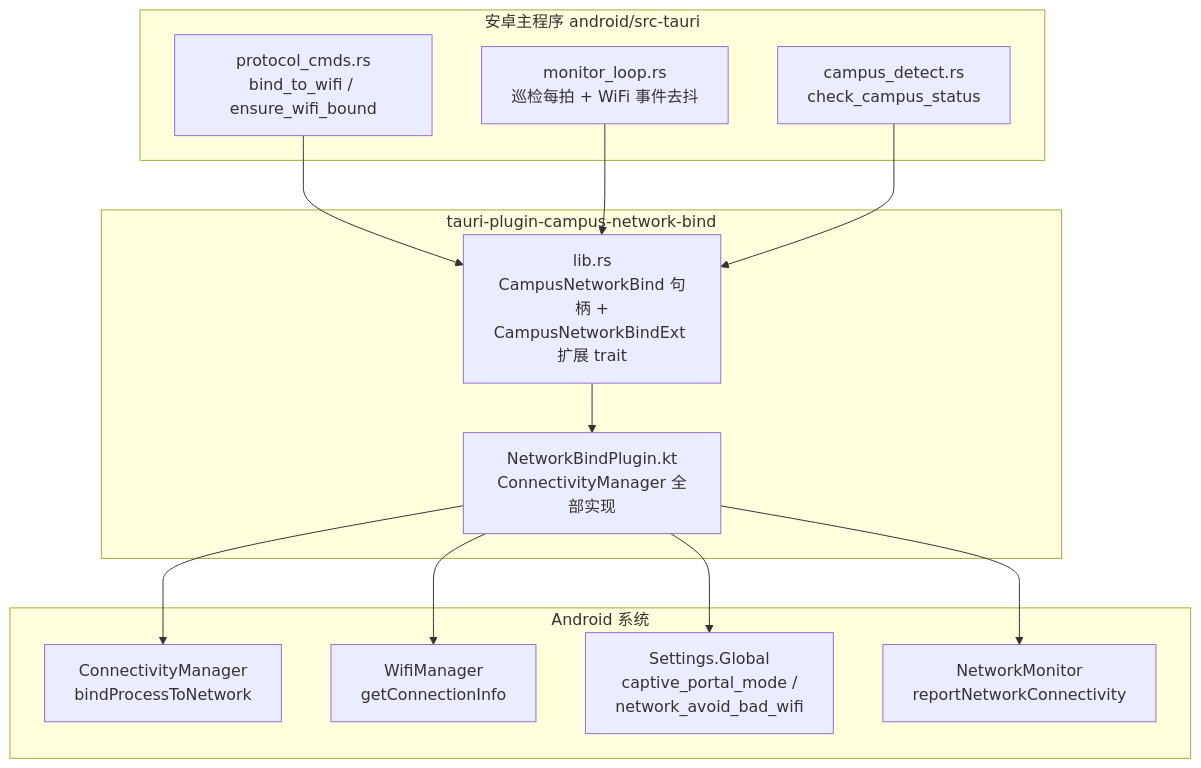
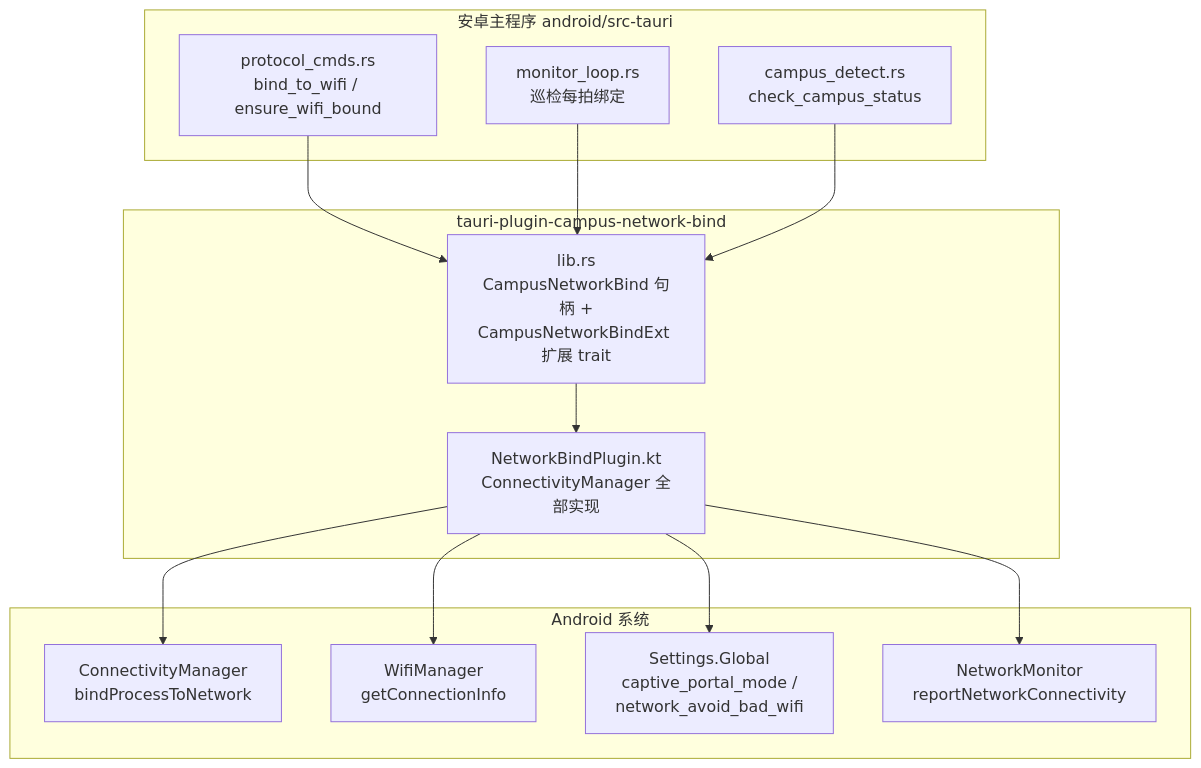
Before and after one commit to ikliml666/Wxxy-CampusLogin: the first of 2 diagrams in .codewiki/modules/android-plugins-network-bind.md, drawn with Mermaid. The commit also changed other lines of this file and 20 other files, not shown here.

````diff
--- a/.codewiki/modules/android-plugins-network-bind.md
+++ b/.codewiki/modules/android-plugins-network-bind.md
@@ -39,28 +38,28 @@
 ```mermaid
 flowchart TB
     subgraph Rust["安卓主程序 android/src-tauri"]
         PC["protocol_cmds.rs<br/>bind_to_wifi / ensure_wifi_bound"]
-        ML["monitor_loop.rs<br/>巡检每拍 + WiFi 事件去抖"]
+        ML["monitor_loop.rs<br/>巡检每拍绑定"]
         CD["campus_detect.rs<br/>check_campus_status"]
     end
 
     subgraph Plugin["tauri-plugin-campus-network-bind"]
         LIB["lib.rs<br/>CampusNetworkBind 句柄 +<br/>CampusNetworkBindExt 扩展 trait"]
         KT["NetworkBindPlugin.kt<br/>ConnectivityManager 全部实现"]
     end
 
     subgraph System["Android 系统"]
         CM["ConnectivityManager<br/>bindProcessToNetwork"]
         GW["WifiManager<br/>getConnectionInfo"]
         SG["Settings.Global<br/>captive_portal_mode /<br/>network_avoid_bad_wifi"]
         NM["NetworkMonitor<br/>reportNetworkConnectivity"]
     end
 
     PC --> LIB --> KT
     ML --> LIB
     CD --> LIB
     KT --> CM
     KT --> GW
     KT --> SG
     KT --> NM
 ```
````
